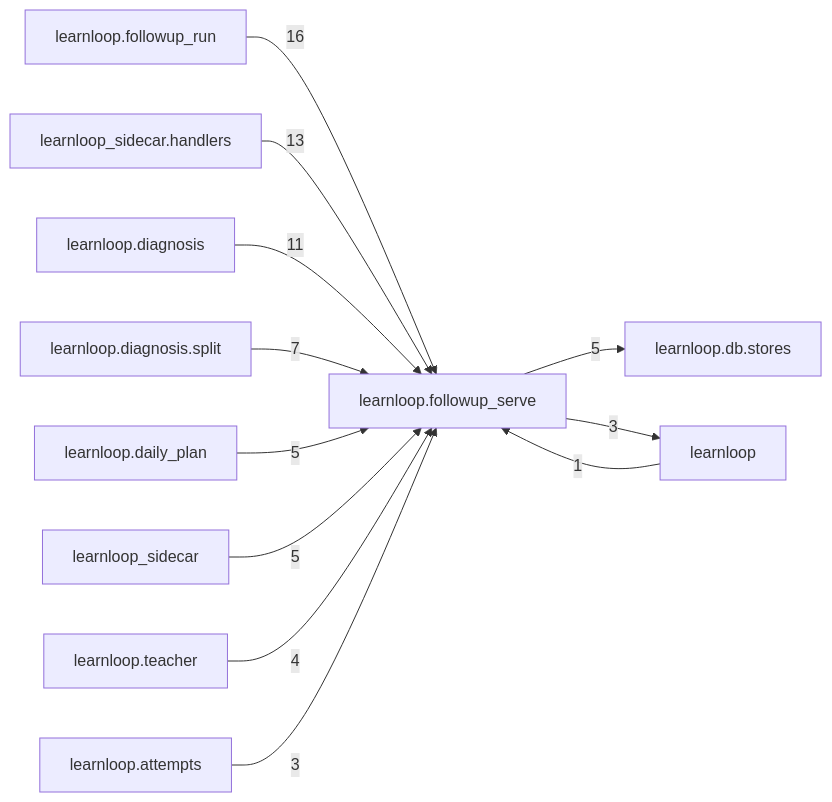
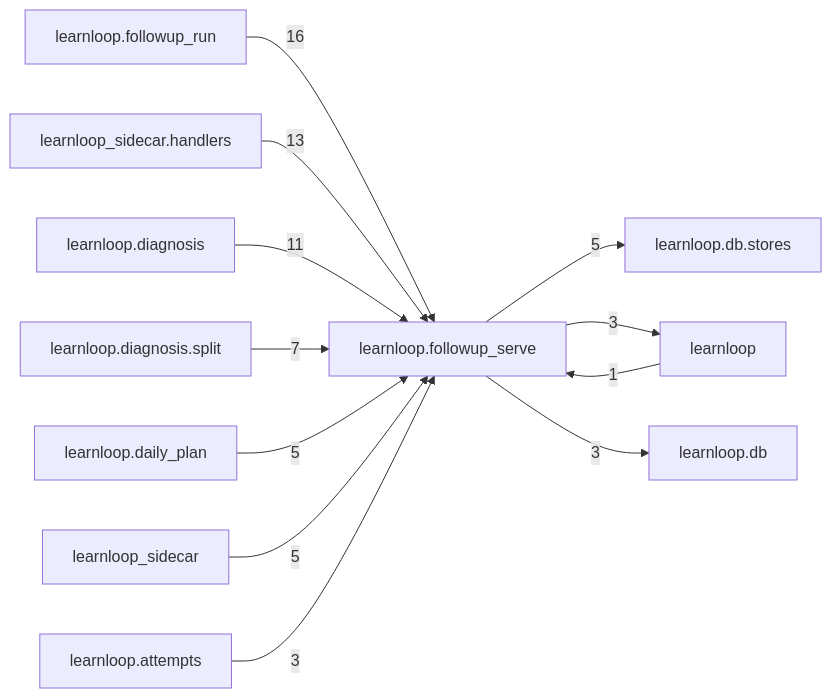
One commit to 6up-b/learnanything changed the diagram in docs/learnloop-architecture-vault/Reference/Modules/learnloop/followup_serve/_package.md. Above: the diagram before and after it, drawn with Mermaid. The commit also changed other lines of this file and 88 other files, not shown here.

````diff
--- a/docs/learnloop-architecture-vault/Reference/Modules/learnloop/followup_serve/_package.md
+++ b/docs/learnloop-architecture-vault/Reference/Modules/learnloop/followup_serve/_package.md
@@ -87,25 +87,25 @@
 ```mermaid
 flowchart LR
     center["learnloop.followup_serve"]
     n_learnloop_followup_run["learnloop.followup_run"]
     n_learnloop_sidecar_handlers["learnloop_sidecar.handlers"]
     n_learnloop_diagnosis["learnloop.diagnosis"]
     n_learnloop_diagnosis_split["learnloop.diagnosis.split"]
     n_learnloop_daily_plan["learnloop.daily_plan"]
     n_learnloop_db_stores["learnloop.db.stores"]
     n_learnloop_sidecar["learnloop_sidecar"]
     n_learnloop["learnloop"]
-    n_learnloop_teacher["learnloop.teacher"]
     n_learnloop_attempts["learnloop.attempts"]
+    n_learnloop_db["learnloop.db"]
     n_learnloop_followup_run -->|16| center
     n_learnloop_sidecar_handlers -->|13| center
     n_learnloop_diagnosis -->|11| center
     n_learnloop_diagnosis_split -->|7| center
     n_learnloop_daily_plan -->|5| center
     center -->|5| n_learnloop_db_stores
     n_learnloop_sidecar -->|5| center
     n_learnloop -->|1| center
     center -->|3| n_learnloop
-    n_learnloop_teacher -->|4| center
     n_learnloop_attempts -->|3| center
+    center -->|3| n_learnloop_db
 ```
````
